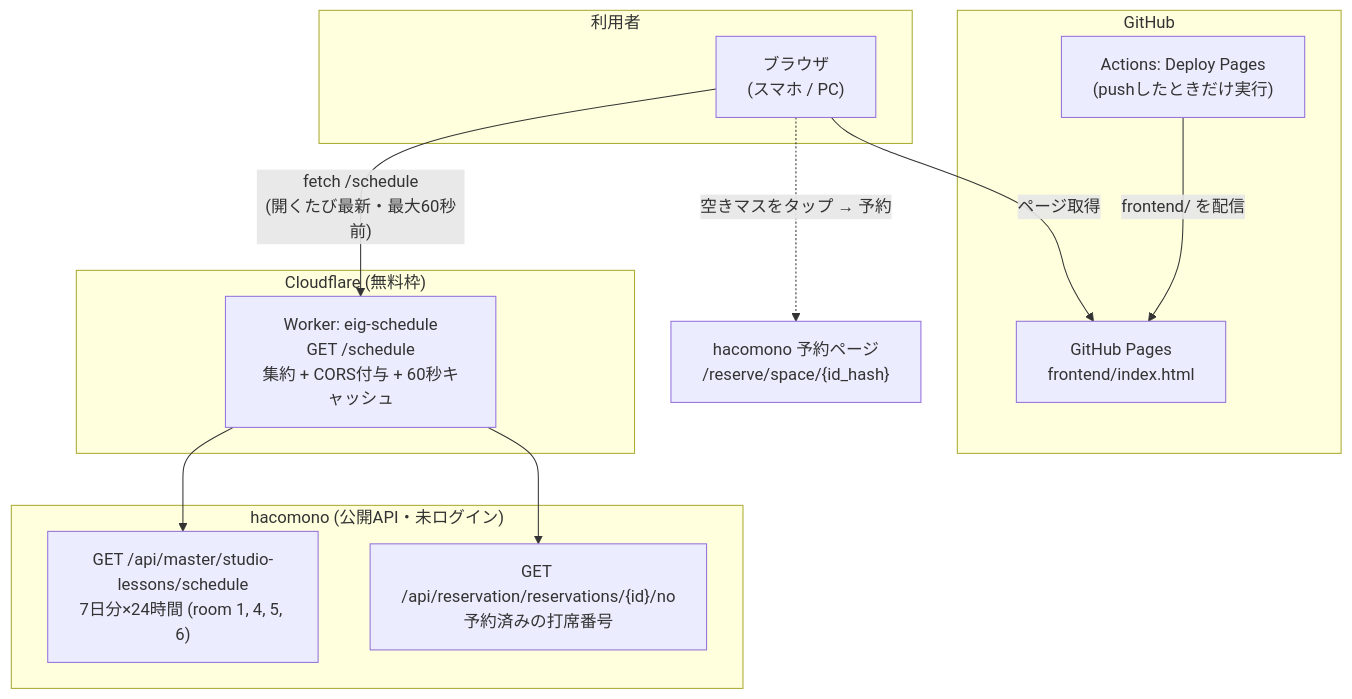
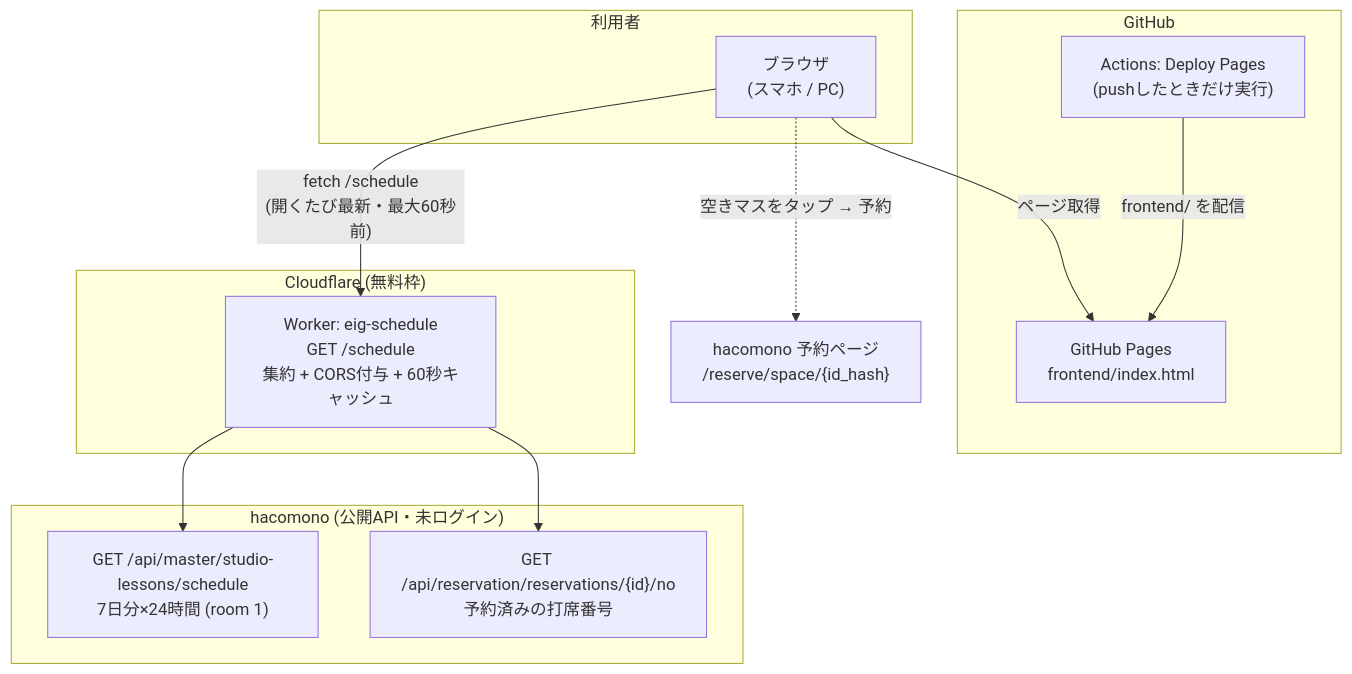
The diagram in README.md (TakanariShimbo/enjoyindoorgolf), drawn with Mermaid before and after one commit. The commit also changed other lines of this file and 2 other files, not shown here.

Commit message:
simplify: room 1 のみ参照 (room 4/5/6 は未使用のため削除)

````diff
--- a/README.md
+++ b/README.md
@@ -10,27 +10,27 @@
 ```mermaid
 flowchart TB
     subgraph user["利用者"]
         B["ブラウザ<br>(スマホ / PC)"]
     end
 
     subgraph gh["GitHub"]
         P["GitHub Pages<br>frontend/index.html"]
         A["Actions: Deploy Pages<br>(pushしたときだけ実行)"]
         A -->|"frontend/ を配信"| P
     end
 
     subgraph cf["Cloudflare (無料枠)"]
         W["Worker: eig-schedule<br>GET /schedule<br>集約 + CORS付与 + 60秒キャッシュ"]
     end
 
     subgraph hacomono["hacomono (公開API・未ログイン)"]
-        S["GET /api/master/studio-lessons/schedule<br>7日分×24時間 (room 1, 4, 5, 6)"]
+        S["GET /api/master/studio-lessons/schedule<br>7日分×24時間 (room 1)"]
         N["GET /api/reservation/reservations/{id}/no<br>予約済みの打席番号"]
     end
 
     B -->|"ページ取得"| P
     B -->|"fetch /schedule<br>(開くたび最新・最大60秒前)"| W
     W --> S
     W --> N
     B -.->|"空きマスをタップ → 予約"| R["hacomono 予約ページ<br>/reserve/space/{id_hash}"]
 ```
````
